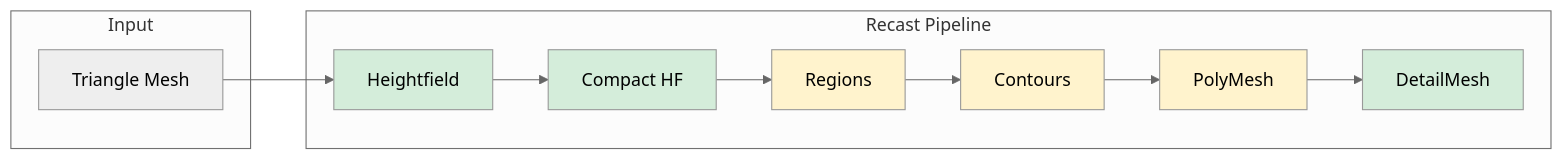
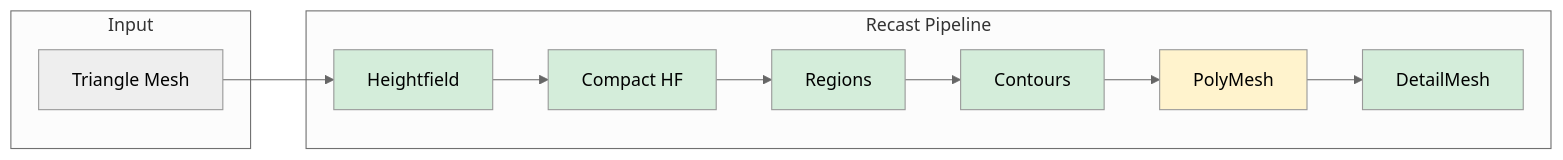
One commit to wowemulation-dev/recast-rs changed the diagram in README.md. Above: the diagram before and after it, drawn with Mermaid. The commit also changed other lines of this file and 4 other files, not shown here.

````diff
--- a/README.md
+++ b/README.md
@@ -28,28 +29,28 @@
 ```mermaid
 ---
 config:
   theme: neutral
 ---
 flowchart LR
     subgraph Input
         A[Triangle Mesh]
     end
 
     subgraph Recast Pipeline
         B[Heightfield]
         C[Compact HF]
         D[Regions]
         E[Contours]
         F[PolyMesh]
         G[DetailMesh]
     end
 
     A --> B --> C --> D --> E --> F --> G
 
     style B fill:#d4edda
     style C fill:#d4edda
-    style D fill:#fff3cd
-    style E fill:#fff3cd
+    style D fill:#d4edda
+    style E fill:#d4edda
     style F fill:#fff3cd
     style G fill:#d4edda
 ```
````
